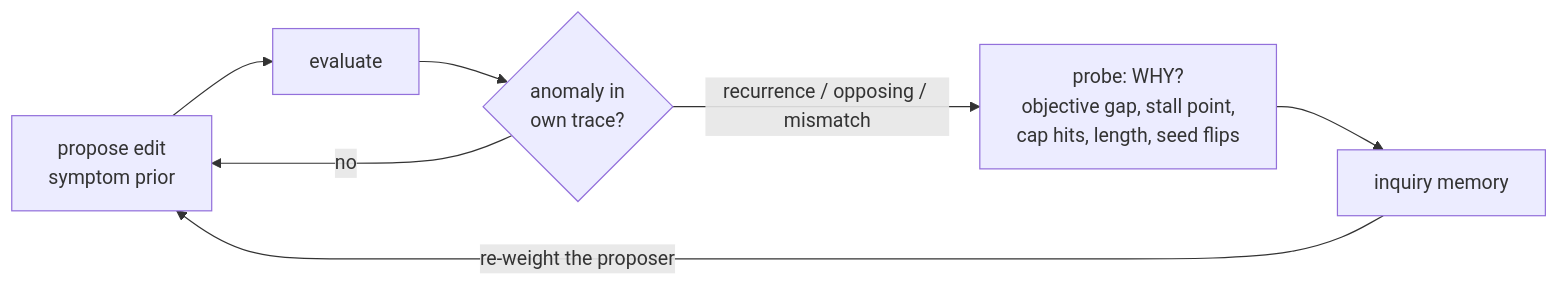
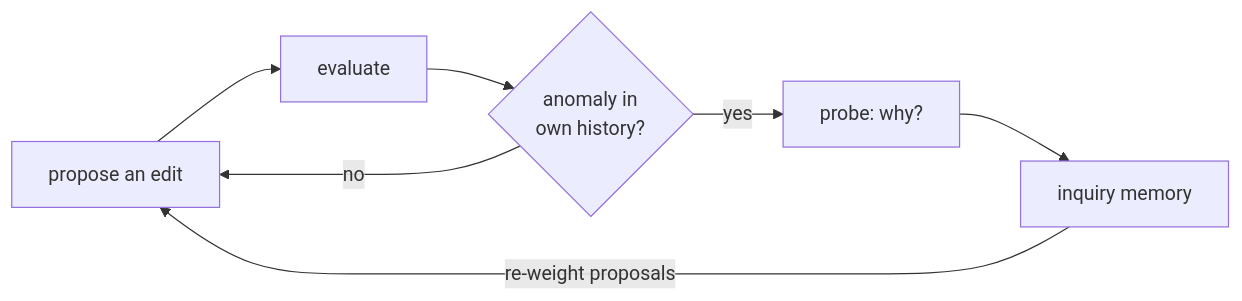
The second of 4 diagrams in README.md (nitishsjsucs/rsi-research-studio-assignment-5), drawn with Mermaid before and after one commit. The commit also changed other lines of this file, not shown here.

````diff
--- a/README.md
+++ b/README.md
@@ -114,8 +168,8 @@
 ```mermaid
 flowchart LR
-    L[propose edit<br/>symptom prior] --> V[evaluate] --> A{anomaly in<br/>own trace?}
+    L[propose an edit] --> V[evaluate] --> A{anomaly in<br/>own history?}
     A -- no --> L
-    A -- recurrence / opposing / mismatch --> P[probe: WHY?<br/>objective gap, stall point,<br/>cap hits, length, seed flips]
+    A -- yes --> P[probe: why?]
     P --> M[inquiry memory]
-    M -->|re-weight the proposer| L
+    M -->|re-weight proposals| L
 ```
````
